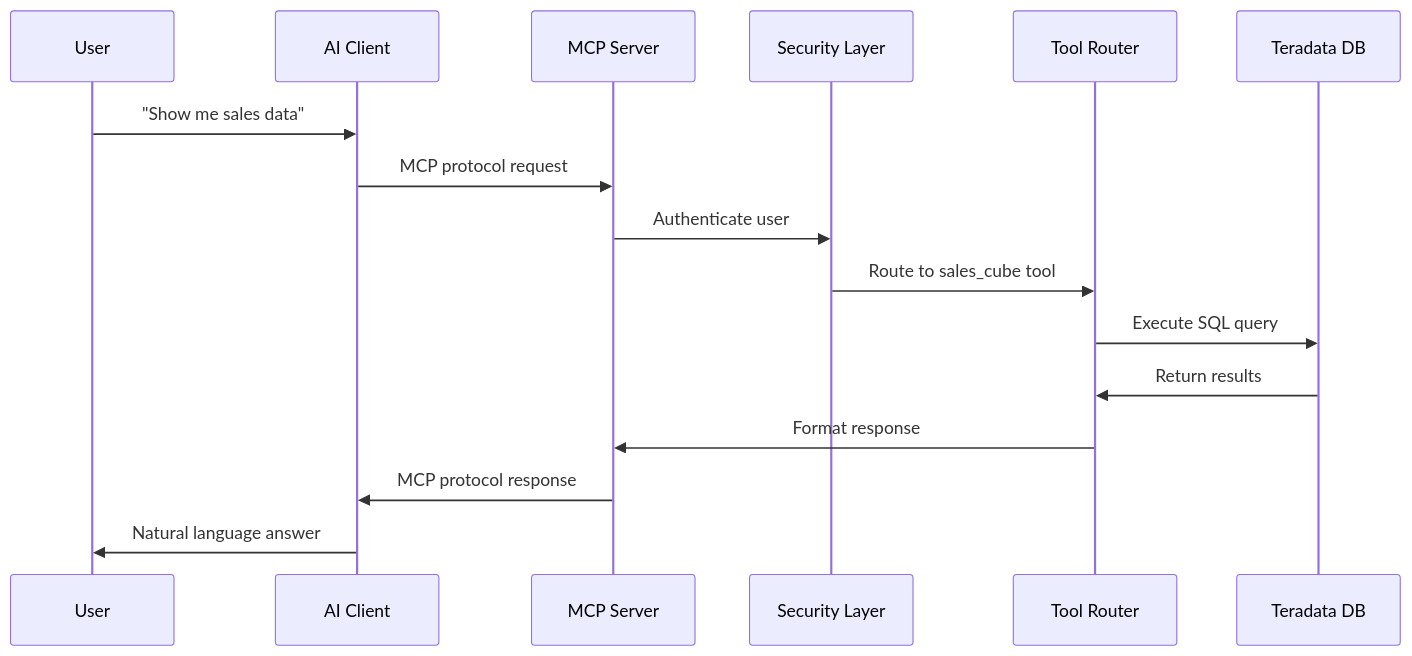
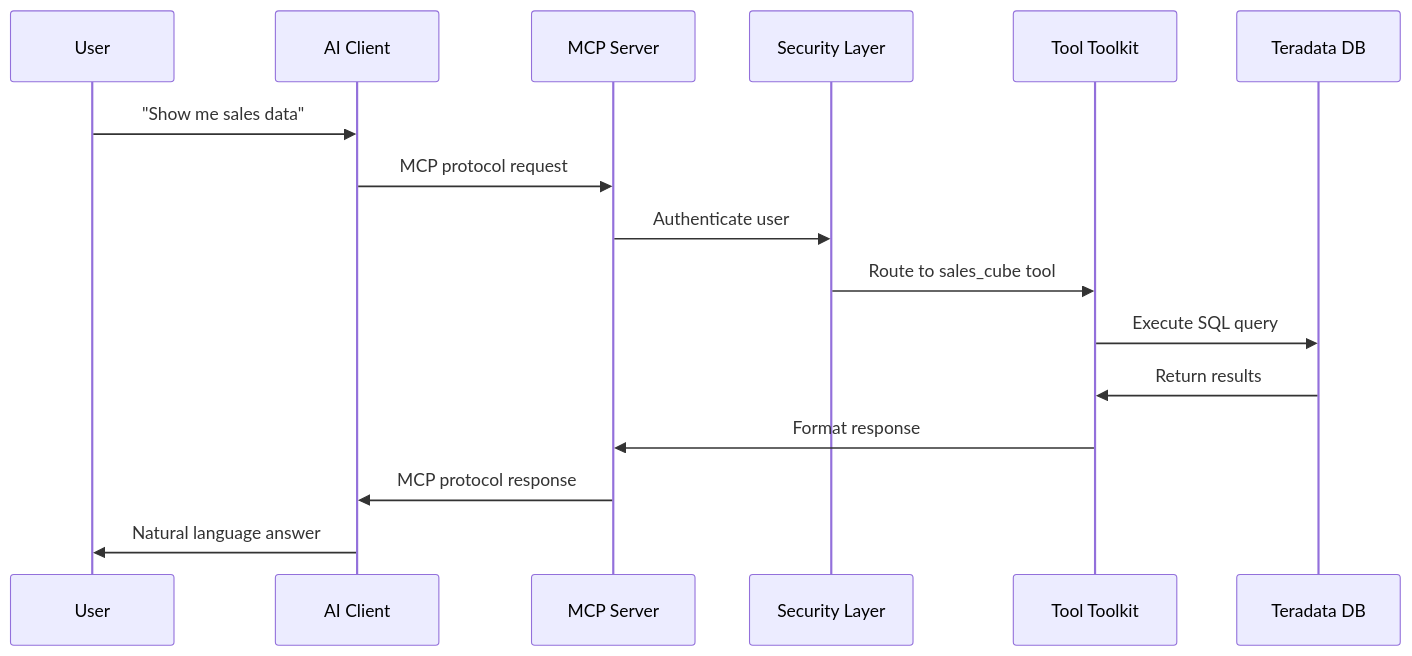
One commit to Teradata/teradata-mcp-server changed the diagram in docs/server_guide/ARCHITECTURE.md. Above: the diagram before and after it, drawn with Mermaid. The commit also changed other lines of this file and 2 other files, not shown here.

Commit message:
updated architecture and readme

````diff
--- a/docs/server_guide/ARCHITECTURE.md
+++ b/docs/server_guide/ARCHITECTURE.md
@@ -55,12 +55,12 @@
 ```mermaid
 sequenceDiagram
     User->>AI Client: "Show me sales data"
     AI Client->>MCP Server: MCP protocol request
     MCP Server->>Security Layer: Authenticate user
-    Security Layer->>Tool Router: Route to sales_cube tool
-    Tool Router->>Teradata DB: Execute SQL query
-    Teradata DB->>Tool Router: Return results
-    Tool Router->>MCP Server: Format response
+    Security Layer->>Tool Toolkit: Route to sales_cube tool
+    Tool Toolkit->>Teradata DB: Execute SQL query
+    Teradata DB->>Tool Toolkit: Return results
+    Tool Toolkit->>MCP Server: Format response
     MCP Server->>AI Client: MCP protocol response  
     AI Client->>User: Natural language answer
 ```
````
